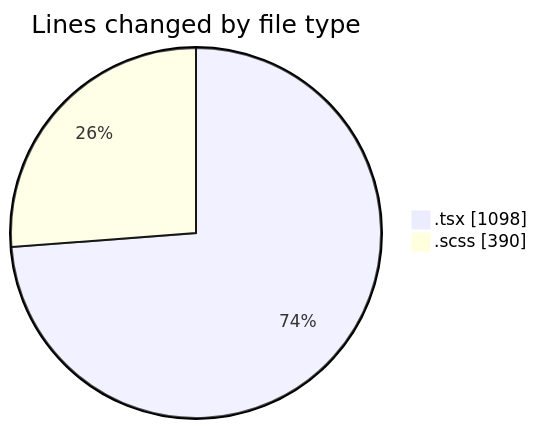
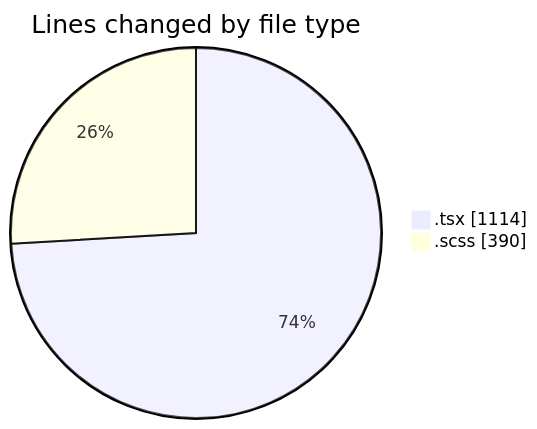
The first of 2 diagrams in 2026-08-26/cda/README.md (momahboobian/code-tracking), drawn with Mermaid before and after one commit. The commit also changed other lines of this file and 1 other file, not shown here.

````diff
--- a/2026-08-26/cda/README.md
+++ b/2026-08-26/cda/README.md
@@ -29,6 +29,6 @@
 ```mermaid
 pie showData
 title Lines changed by file type
-".tsx" : 1098
+".tsx" : 1114
 ".scss" : 390
 ```
````
